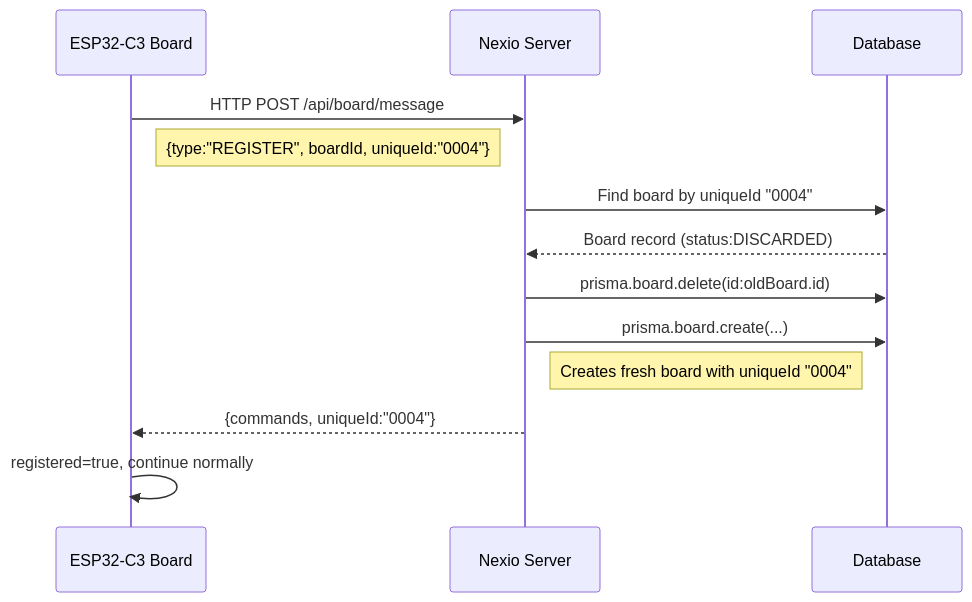
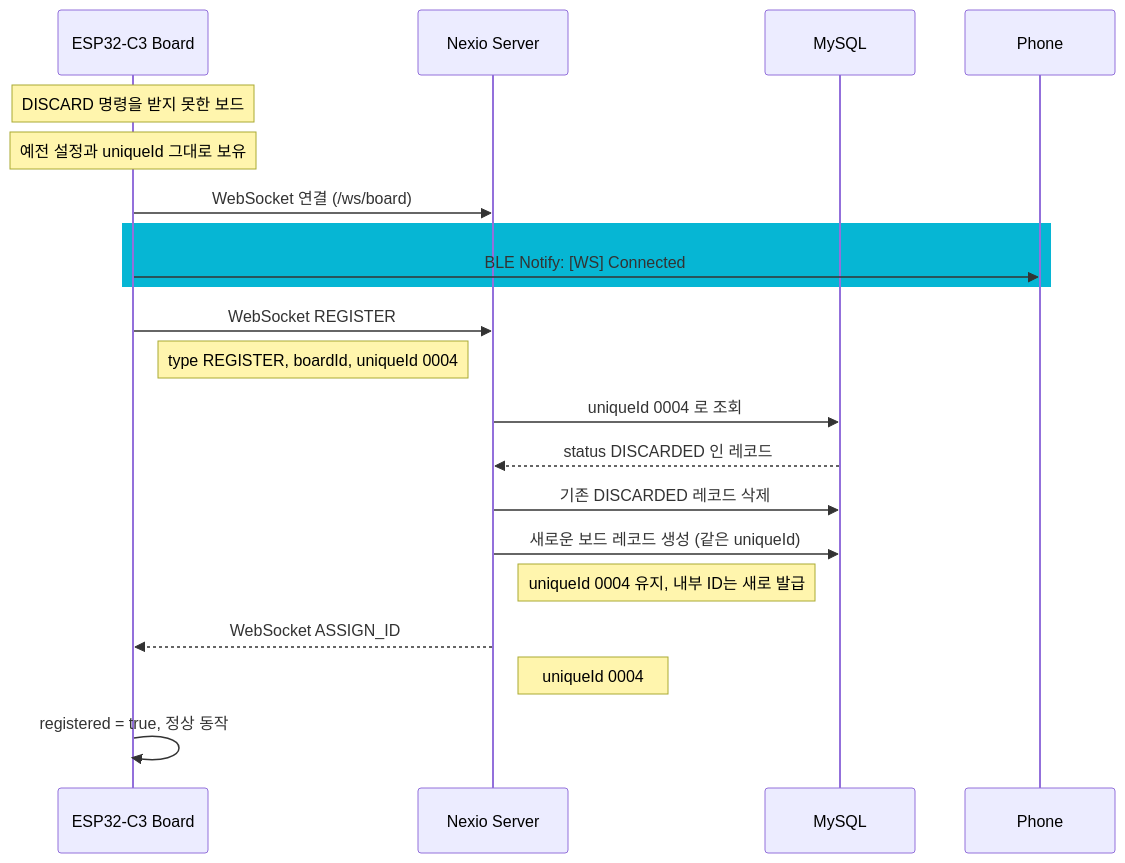
Before and after one commit to hyunu/nexio: the fifth of 9 diagrams in docs/communication-sequence.md, drawn with Mermaid. The commit also changed other lines of this file and 19 other files, not shown here.

````diff
--- a/docs/communication-sequence.md
+++ b/docs/communication-sequence.md
@@ -111,18 +224,29 @@
 ```mermaid
 sequenceDiagram
     participant Board as ESP32-C3 Board
     participant Server as Nexio Server
+    participant DB as MySQL
 
-    Board->>Server: HTTP POST /api/board/message
-    Note right of Board: {type:"REGISTER", boardId, uniqueId:"0004"}
+    Note over Board: DISCARD 명령을 받지 못한 보드
+    Note over Board: 예전 설정과 uniqueId 그대로 보유
 
-    Server->>Database: Find board by uniqueId "0004"
-    Database-->>Server: Board record (status:DISCARDED)
+    Board->>Server: WebSocket 연결 (/ws/board)
 
-    Server->>Database: prisma.board.delete(id:oldBoard.id)
-    Server->>Database: prisma.board.create(...)
-    Note right of Server: Creates fresh board with uniqueId "0004"
+    rect rgb(6, 182, 212)
+        Board->>Phone: BLE Notify: [WS] Connected
+    end
 
-    Server-->>Board: {commands, uniqueId:"0004"}
-    Board->>Board: registered=true, continue normally
+    Board->>Server: WebSocket REGISTER
+    Note right of Board: type REGISTER, boardId, uniqueId 0004
+
+    Server->>DB: uniqueId 0004 로 조회
+    DB-->>Server: status DISCARDED 인 레코드
+
+    Server->>DB: 기존 DISCARDED 레코드 삭제
+    Server->>DB: 새로운 보드 레코드 생성 (같은 uniqueId)
+    Note right of Server: uniqueId 0004 유지, 내부 ID는 새로 발급
+
+    Server-->>Board: WebSocket ASSIGN_ID
+    Note right of Server: uniqueId 0004
+    Board->>Board: registered = true, 정상 동작
 ```
````
